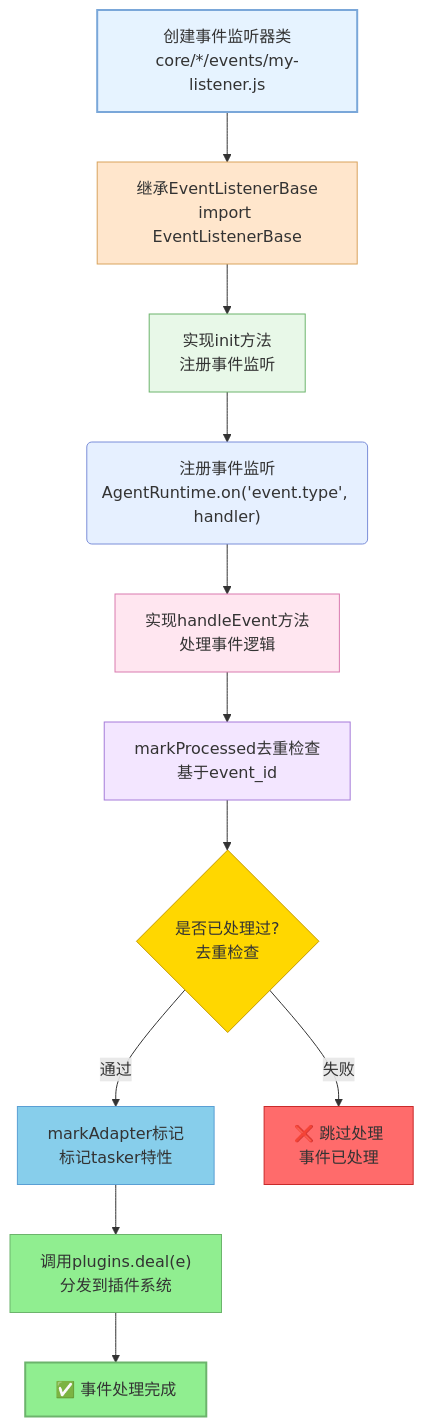
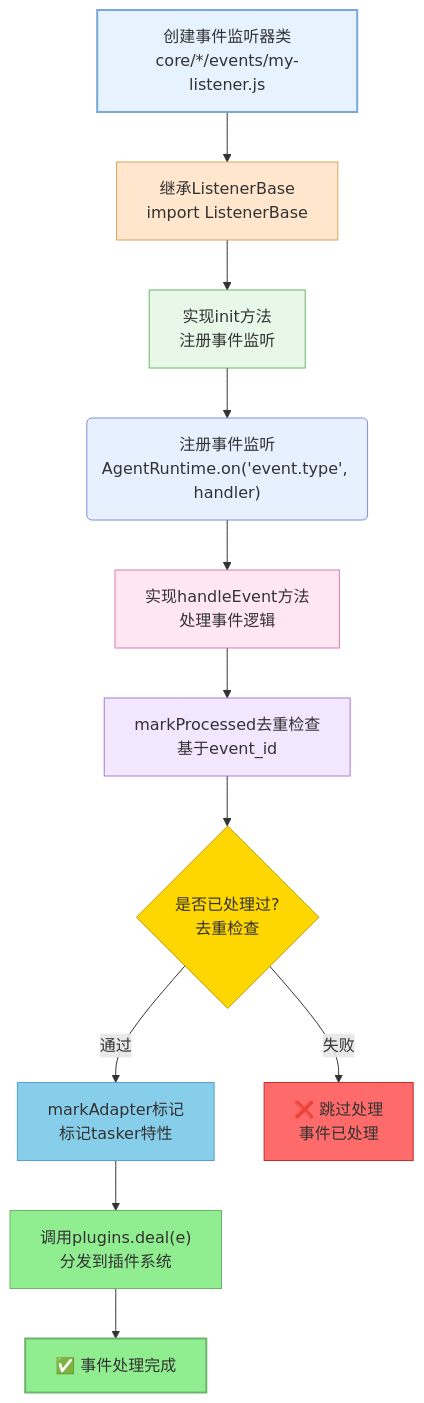
The fourth of 4 diagrams in docs/事件系统标准化文档.md (sunflowermm/XRK-AGT), drawn with Mermaid before and after one commit. The commit also changed other lines of this file and 236 other files, not shown here.

````diff
--- a/docs/事件系统标准化文档.md
+++ b/docs/事件系统标准化文档.md
@@ -185,25 +185,25 @@
 ```mermaid
 flowchart TB
-    A["创建事件监听器类<br/>core/*/events/my-listener.js"] --> B["继承EventListenerBase<br/>import EventListenerBase"]
+    A["创建事件监听器类<br/>core/*/events/my-listener.js"] --> B["继承ListenerBase<br/>import ListenerBase"]
     B --> C["实现init方法<br/>注册事件监听"]
     C --> D("注册事件监听<br/>AgentRuntime.on('event.type', handler)")
     D --> E["实现handleEvent方法<br/>处理事件逻辑"]
     E --> F["markProcessed去重检查<br/>基于event_id"]
     F --> G{"是否已处理过?<br/>去重检查"}
     G -->|通过| H["markAdapter标记<br/>标记tasker特性"]
     G -->|失败| I["❌ 跳过处理<br/>事件已处理"]
     H --> J["调用plugins.deal(e)<br/>分发到插件系统"]
     J --> K["✅ 事件处理完成"]
     
     style A fill:#E6F3FF,stroke:#7AA7D9,stroke-width:2px
     style B fill:#FFE6CC,stroke:#D9A35D
     style C fill:#E8F8E8,stroke:#6CB46C
     style D fill:#E6F0FF,stroke:#7B8ED9
     style E fill:#FFE6F0,stroke:#D97BAF
     style F fill:#F3E6FF,stroke:#A57BD9
     style G fill:#FFD700,stroke:#C49A00
     style H fill:#87CEEB,stroke:#5A9FD4
     style I fill:#FF6B6B,stroke:#C92A2A
     style J fill:#90EE90,stroke:#6CB46C
     style K fill:#90EE90,stroke:#6CB46C,stroke-width:2px
 ```
````
